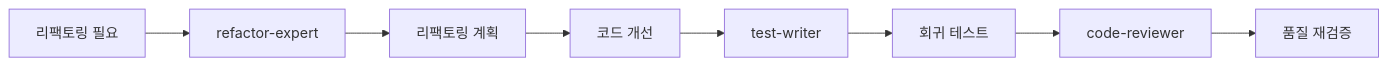
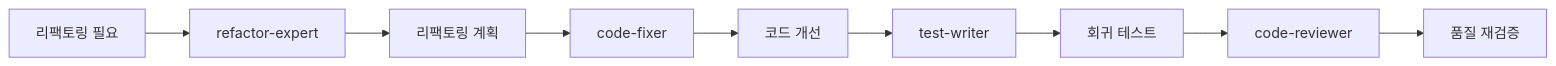
The fourth of 9 diagrams in .claude/agents/WORKFLOW.md (BIGSHOL/ijw-Calander), drawn with Mermaid before and after one commit. The commit also changed other lines of this file and 165 other files, not shown here.

````diff
--- a/.claude/agents/WORKFLOW.md
+++ b/.claude/agents/WORKFLOW.md
@@ -106,10 +108,11 @@
 ```mermaid
 graph LR
     A[리팩토링 필요] --> B[refactor-expert]
     B --> C[리팩토링 계획]
-    C --> D[코드 개선]
-    D --> E[test-writer]
-    E --> F[회귀 테스트]
-    F --> G[code-reviewer]
-    G --> H[품질 재검증]
+    C --> D[code-fixer]
+    D --> E[코드 개선]
+    E --> F[test-writer]
+    F --> G[회귀 테스트]
+    G --> H[code-reviewer]
+    H --> I[품질 재검증]
 ```
````
